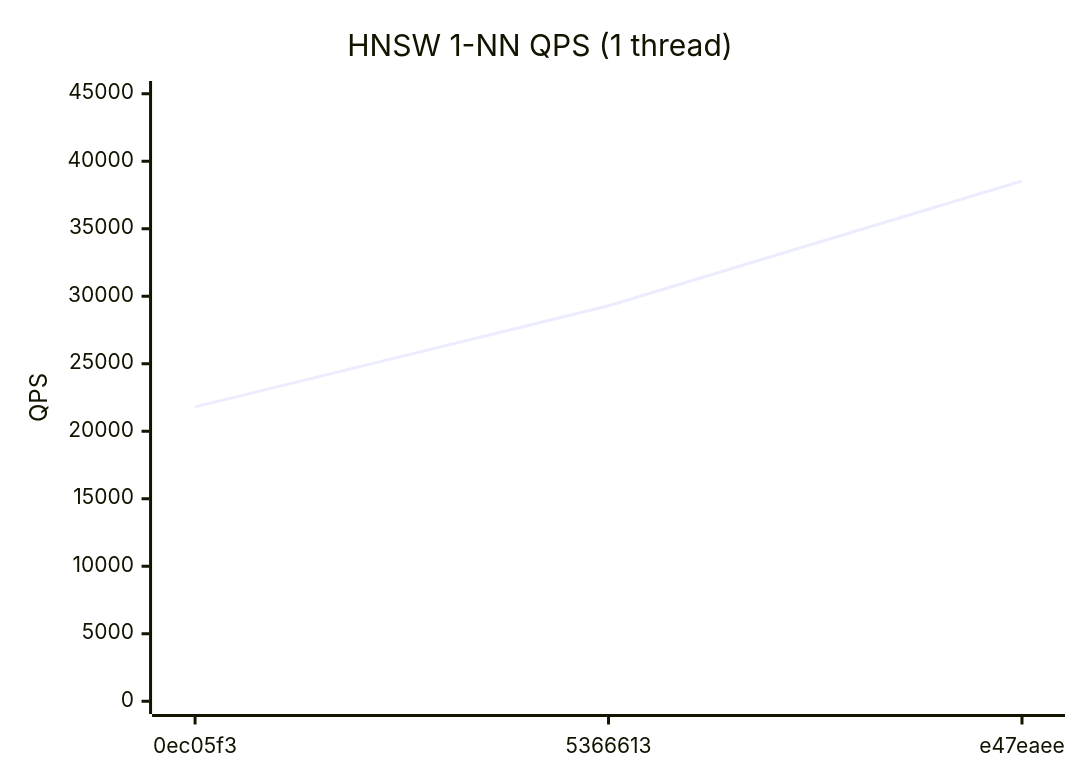
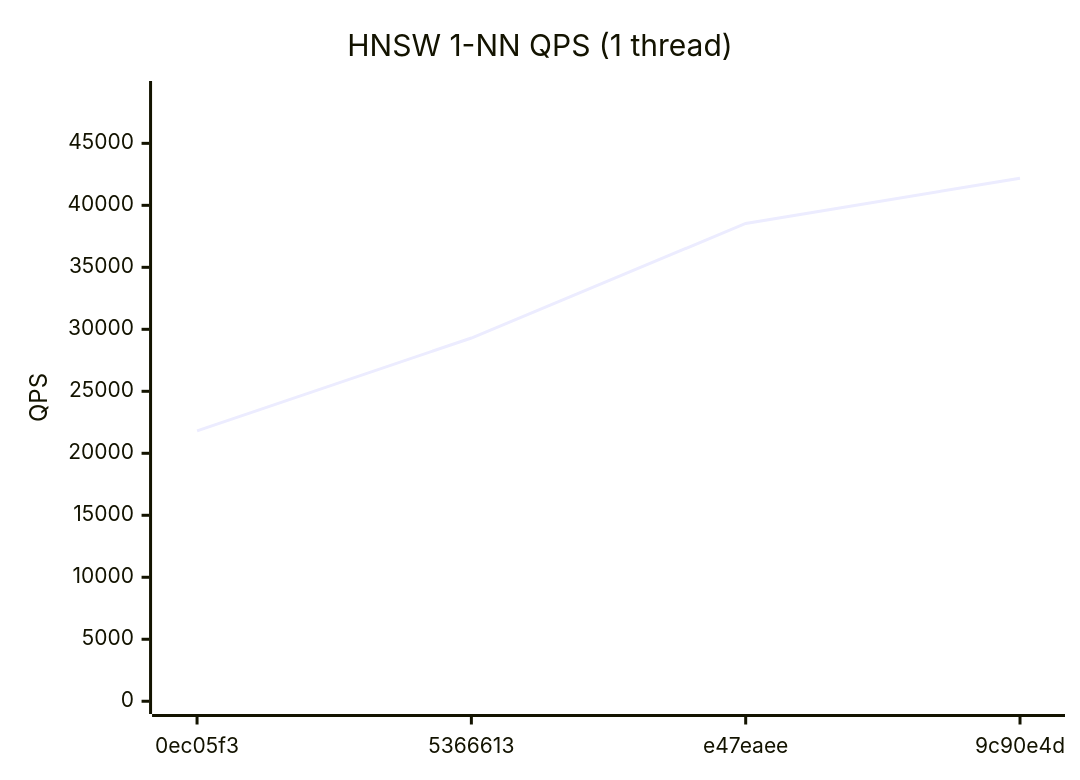
One commit to bibidhSubedi0/RedBoxDb changed the first of 4 diagrams in benchmarks/REPORT.md. Above: the diagram before and after it, drawn with Mermaid. The commit also changed other lines of this file and 1 other file, not shown here.

````diff
--- a/benchmarks/REPORT.md
+++ b/benchmarks/REPORT.md
@@ -19,7 +19,7 @@
 ```mermaid
 xychart-beta
   title "HNSW 1-NN QPS (1 thread)"
-  x-axis ["0ec05f3", "5366613", "e47eaee"]
-  y-axis "QPS" 0 --> 45000
-  line [21803, 29297, 38537]
+  x-axis ["0ec05f3", "5366613", "e47eaee", "9c90e4d"]
+  y-axis "QPS" 0 --> 49000
+  line [21803, 29297, 38537, 42190]
 ```
````
